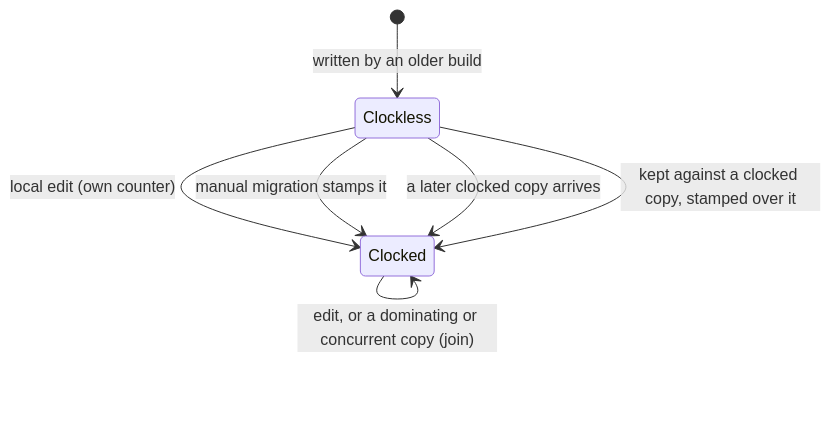
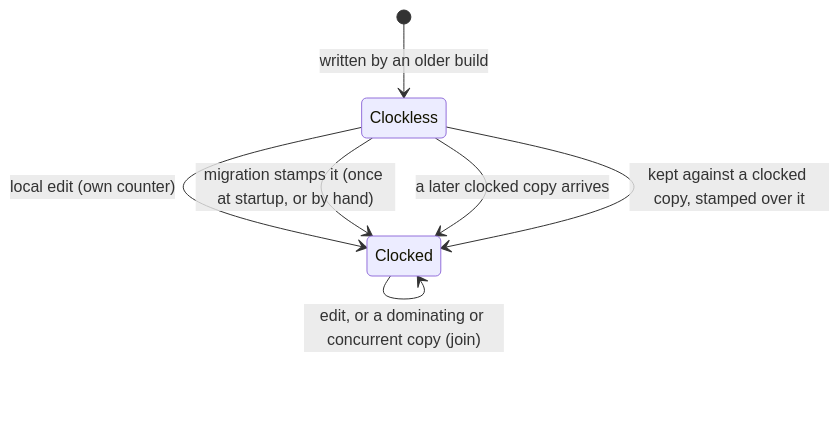
The second of 2 diagrams in knowledge/features/sync/definition-clocks.md (matthiasn/lotti), drawn with Mermaid before and after one commit. The commit also changed other lines of this file and 31 other files, not shown here.

````diff
--- a/knowledge/features/sync/definition-clocks.md
+++ b/knowledge/features/sync/definition-clocks.md
@@ -127,9 +127,9 @@
 ```mermaid
 stateDiagram-v2
     [*] --> Clockless: written by an older build
     Clockless --> Clocked: local edit (own counter)
-    Clockless --> Clocked: manual migration stamps it
+    Clockless --> Clocked: migration stamps it (once at startup, or by hand)
     Clockless --> Clocked: a later clocked copy arrives
     Clockless --> Clocked: kept against a clocked copy, stamped over it
     Clocked --> Clocked: edit, or a dominating or concurrent copy (join)
 ```
````
